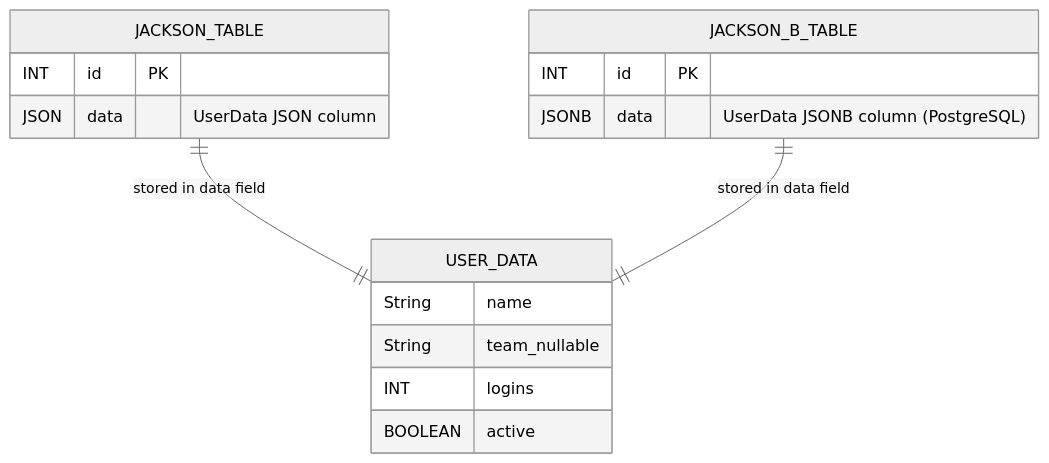
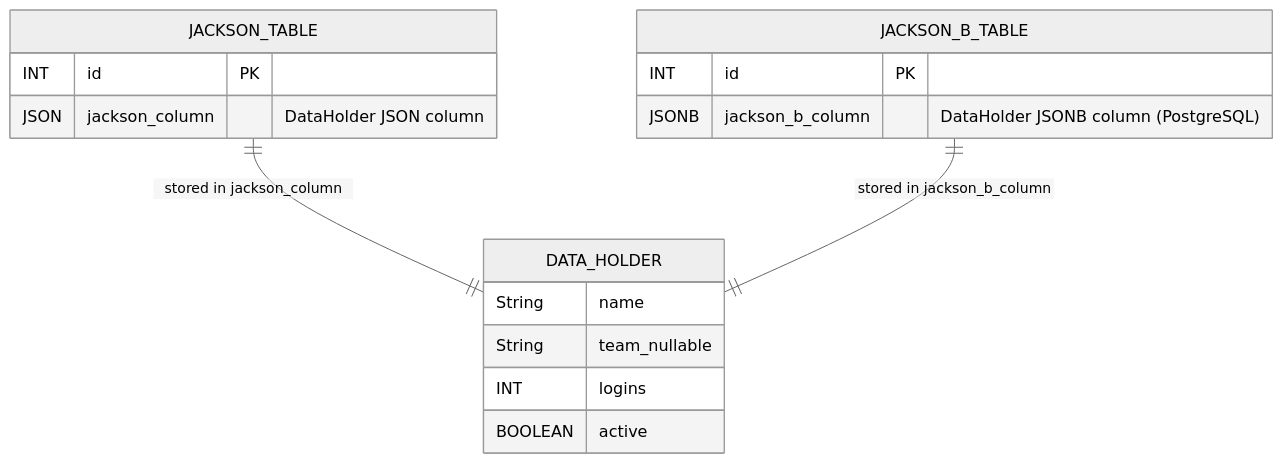
The third of 3 diagrams in 06-advanced/08-exposed-r2dbc-jackson/README.md (bluetape4k/exposed-r2dbc-workshop), drawn with Mermaid before and after one commit. The commit also changed other lines of this file and 19 other files, not shown here.

````diff
--- a/06-advanced/08-exposed-r2dbc-jackson/README.md
+++ b/06-advanced/08-exposed-r2dbc-jackson/README.md
@@ -131,20 +131,20 @@
 ```mermaid
 %%{init: {"theme": "neutral"}}%%
 erDiagram
     JACKSON_TABLE {
         INT id PK
-        JSON data "UserData JSON column"
+        JSON jackson_column "DataHolder JSON column"
     }
     JACKSON_B_TABLE {
         INT id PK
-        JSONB data "UserData JSONB column (PostgreSQL)"
+        JSONB jackson_b_column "DataHolder JSONB column (PostgreSQL)"
     }
-    USER_DATA {
+    DATA_HOLDER {
         String name
         String team_nullable
         INT logins
         BOOLEAN active
     }
-    JACKSON_TABLE ||--|| USER_DATA : "stored in data field"
-    JACKSON_B_TABLE ||--|| USER_DATA : "stored in data field"
+    JACKSON_TABLE ||--|| DATA_HOLDER : "stored in jackson_column"
+    JACKSON_B_TABLE ||--|| DATA_HOLDER : "stored in jackson_b_column"
 ```
````
